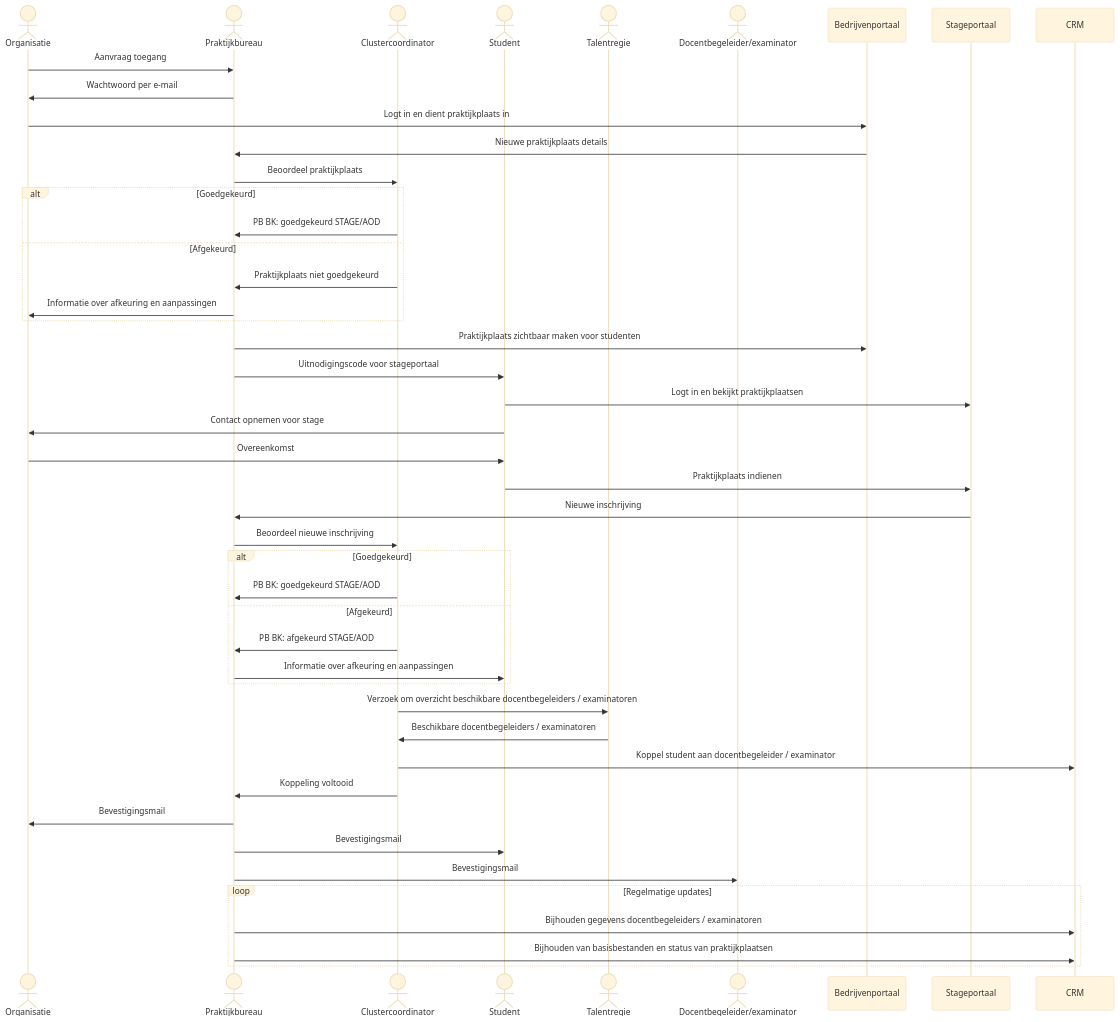
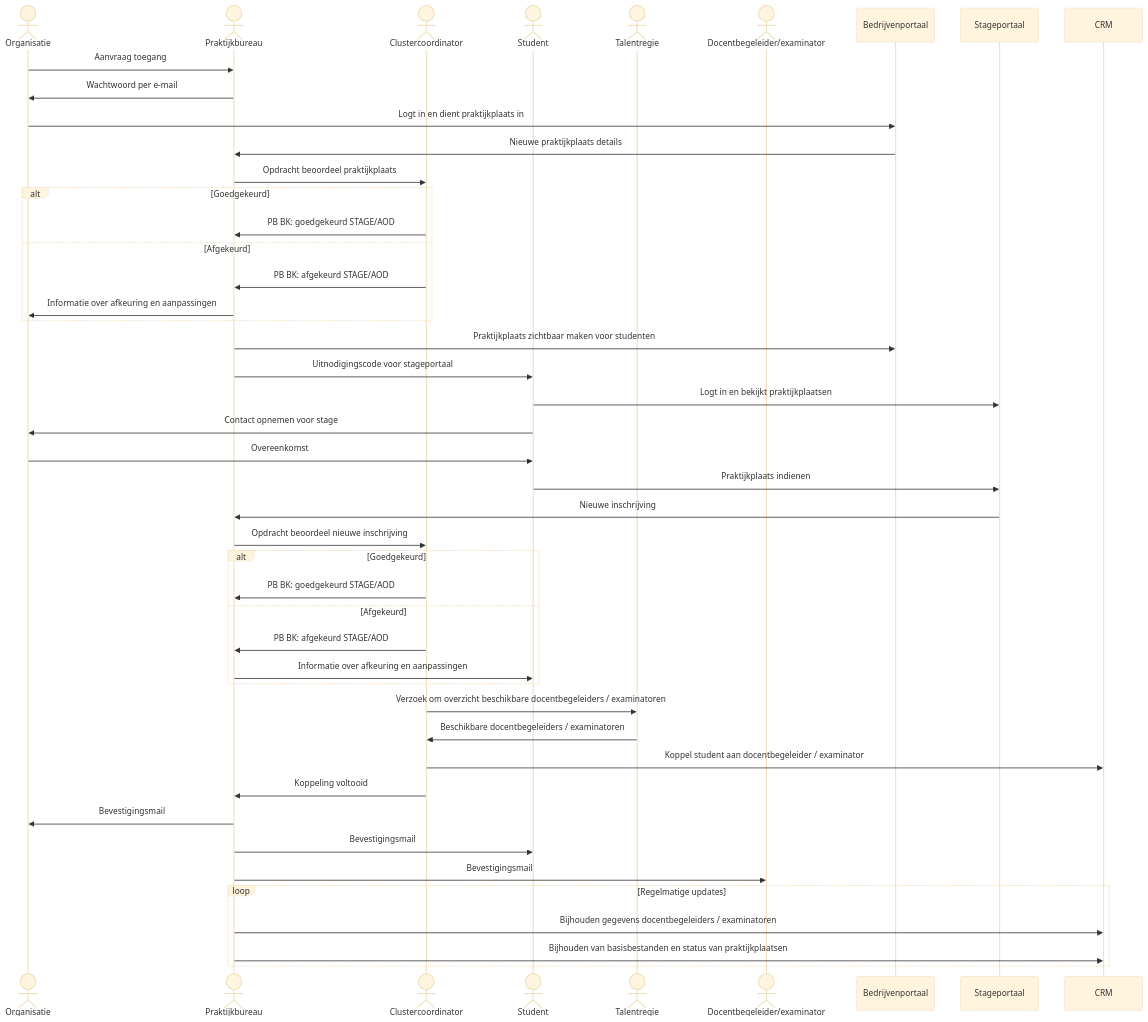
The diagram in processchema.qmd (hanbedrijfskunde/praktijkworkflow), drawn with Mermaid (base theme) before and after one commit. The commit also changed 1 other file, not shown here.

````diff
--- a/processchema.qmd
+++ b/processchema.qmd
@@ -10,57 +10,56 @@
 ```{mermaid}
-
 sequenceDiagram
   actor Organisatie
   actor Praktijkbureau
   actor Clustercoordinator
   actor Student
   actor Talentregie
   actor Docentbegeleider/examinator
 
   %% Fase 1: Toegang & Indienen
   Organisatie->>Praktijkbureau: Aanvraag toegang
   Praktijkbureau->>Organisatie: Wachtwoord per e-mail
   Organisatie->>Bedrijvenportaal: Logt in en dient praktijkplaats in
   Bedrijvenportaal->>Praktijkbureau: Nieuwe praktijkplaats details
   
   %% Fase 2: Beoordelen & Verwerken
-  Praktijkbureau->>Clustercoordinator: Beoordeel praktijkplaats
+  Praktijkbureau->>Clustercoordinator: Opdracht beoordeel praktijkplaats
   alt Goedgekeurd
     Clustercoordinator->>Praktijkbureau: PB BK: goedgekeurd STAGE/AOD
   else Afgekeurd
-    Clustercoordinator->>Praktijkbureau: Praktijkplaats niet goedgekeurd
+    Clustercoordinator->>Praktijkbureau: PB BK: afgekeurd STAGE/AOD
     Praktijkbureau->>Organisatie: Informatie over afkeuring en aanpassingen
   end
   Praktijkbureau->>Bedrijvenportaal: Praktijkplaats zichtbaar maken voor studenten
 
   %% Fase 3: Inschrijvingen & Goedkeuring
   Praktijkbureau->>Student: Uitnodigingscode voor stageportaal
   Student->>Stageportaal: Logt in en bekijkt praktijkplaatsen
   Student->>Organisatie: Contact opnemen voor stage
   Organisatie->>Student: Overeenkomst
   Student->>Stageportaal: Praktijkplaats indienen
   Stageportaal->>Praktijkbureau: Nieuwe inschrijving
-  Praktijkbureau->>Clustercoordinator: Beoordeel nieuwe inschrijving
+  Praktijkbureau->>Clustercoordinator: Opdracht beoordeel nieuwe inschrijving
   alt Goedgekeurd
     Clustercoordinator->>Praktijkbureau: PB BK: goedgekeurd STAGE/AOD
   else Afgekeurd
     Clustercoordinator->>Praktijkbureau: PB BK: afgekeurd STAGE/AOD
     Praktijkbureau->>Student: Informatie over afkeuring en aanpassingen
   end
 
   %% Fase 4: Inzet begeleiding
   Clustercoordinator->>Talentregie: Verzoek om overzicht beschikbare docentbegeleiders / examinatoren
   Talentregie->>Clustercoordinator: Beschikbare docentbegeleiders / examinatoren
   Clustercoordinator->>CRM: Koppel student aan docentbegeleider / examinator
   Clustercoordinator->>Praktijkbureau: Koppeling voltooid
   Praktijkbureau->>Organisatie: Bevestigingsmail
   Praktijkbureau->>Student: Bevestigingsmail
   Praktijkbureau->>Docentbegeleider/examinator: Bevestigingsmail
 
   %% Fase 5: Overzicht en Onderhoud
   loop Regelmatige updates
     Praktijkbureau->>CRM: Bijhouden gegevens docentbegeleiders / examinatoren
     Praktijkbureau->>CRM: Bijhouden van basisbestanden en status van praktijkplaatsen
   end
 
 ```
````
